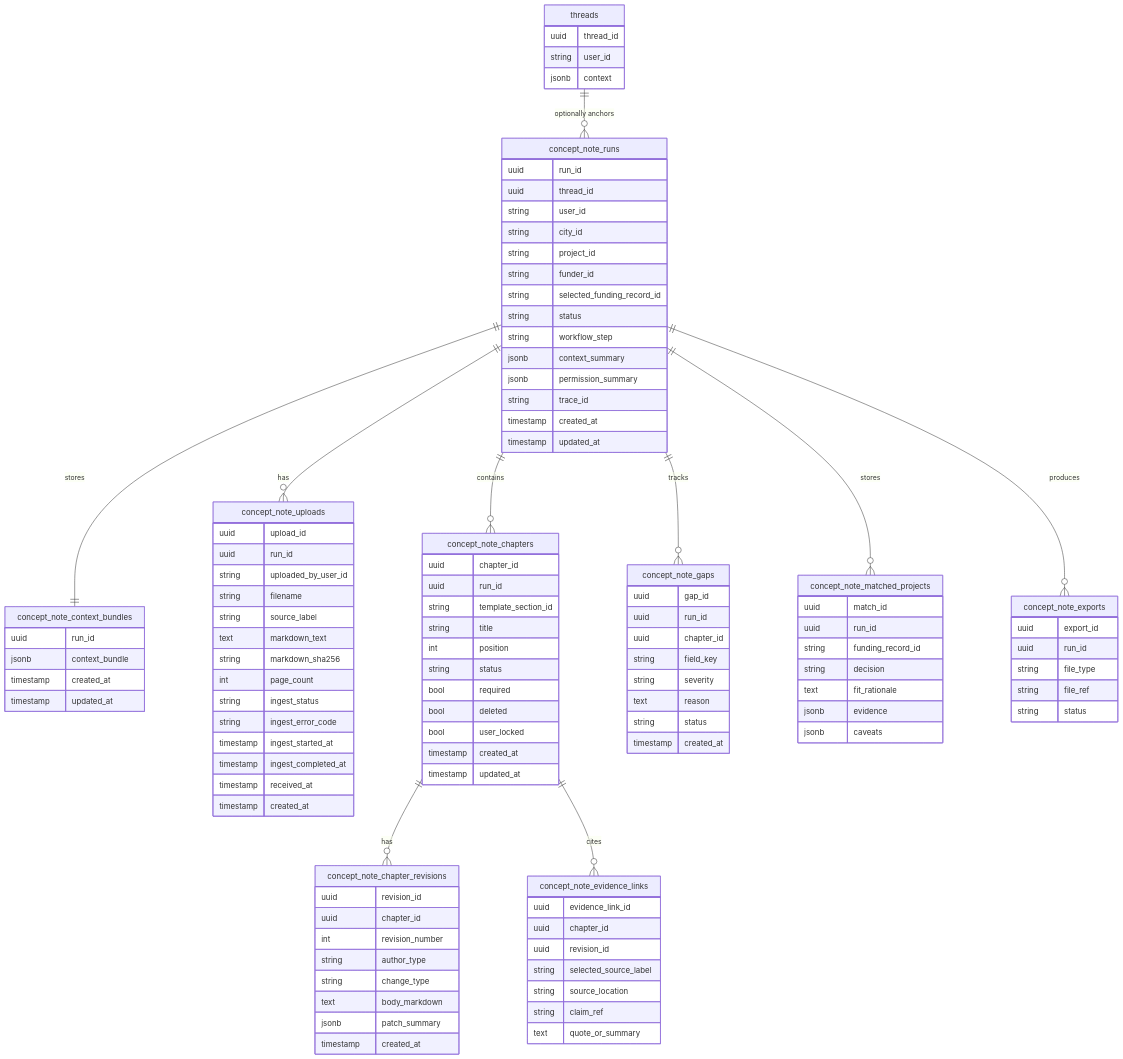
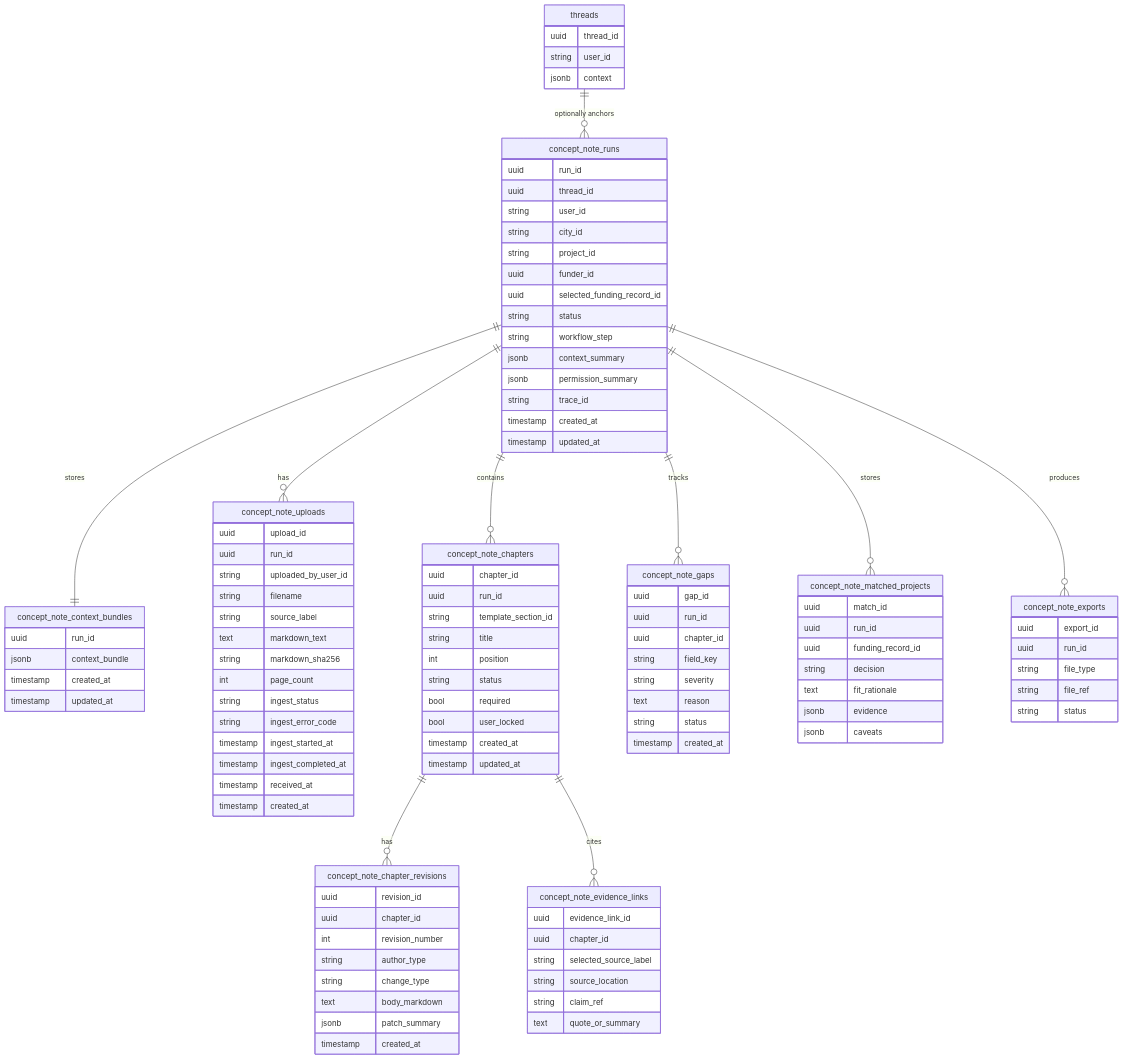
The sixth of 14 diagrams in docs/ConceptNoteBuilderArchitecture.md (Open-Earth-Foundation/CityCatalyst), drawn with Mermaid before and after one commit. The commit also changed other lines of this file, not shown here.

Commit message:
docs: refine concept note data architecture

```diff
--- a/docs/ConceptNoteBuilderArchitecture.md
+++ b/docs/ConceptNoteBuilderArchitecture.md
@@ -369,8 +567,8 @@
         string user_id
         string city_id
         string project_id
-        string funder_id
-        string selected_funding_record_id
+        uuid funder_id
+        uuid selected_funding_record_id
         string status
         string workflow_step
         jsonb context_summary
@@ -423,7 +621,6 @@
         int position
         string status
         bool required
-        bool deleted
         bool user_locked
         timestamp created_at
         timestamp updated_at
@@ -443,7 +640,6 @@
     concept_note_evidence_links {
         uuid evidence_link_id
         uuid chapter_id
-        uuid revision_id
         string selected_source_label
         string source_location
         string claim_ref
@@ -453,7 +649,7 @@
     concept_note_matched_projects {
         uuid match_id
         uuid run_id
-        string funding_record_id
+        uuid funding_record_id
         string decision
         text fit_rationale
         jsonb evidence
```
